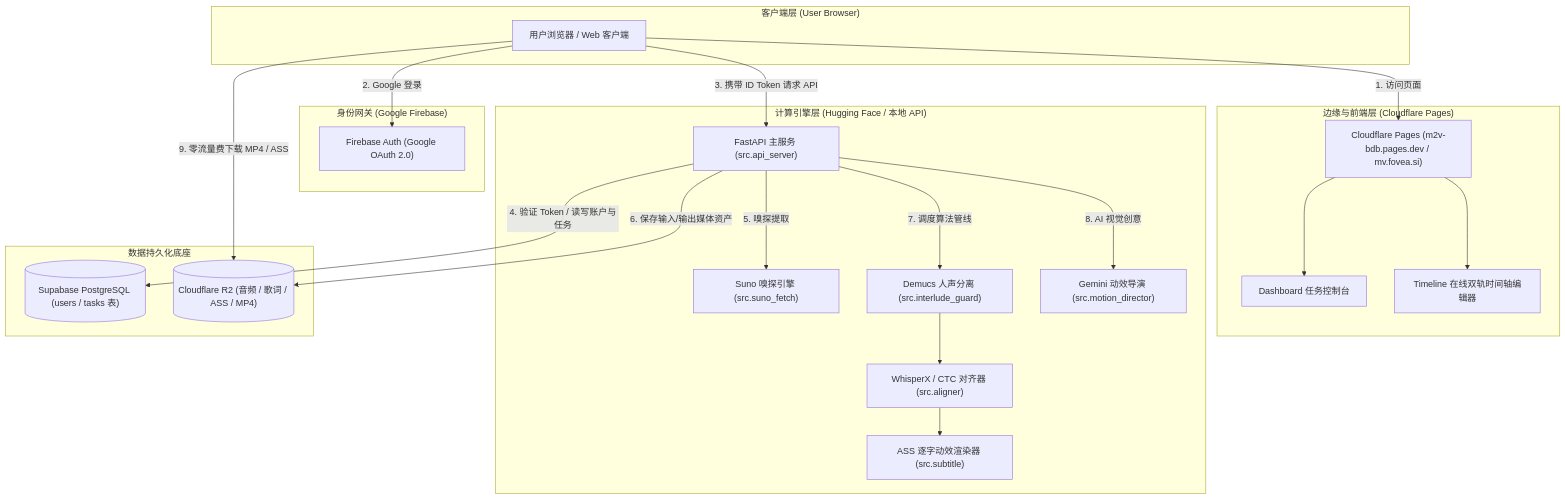
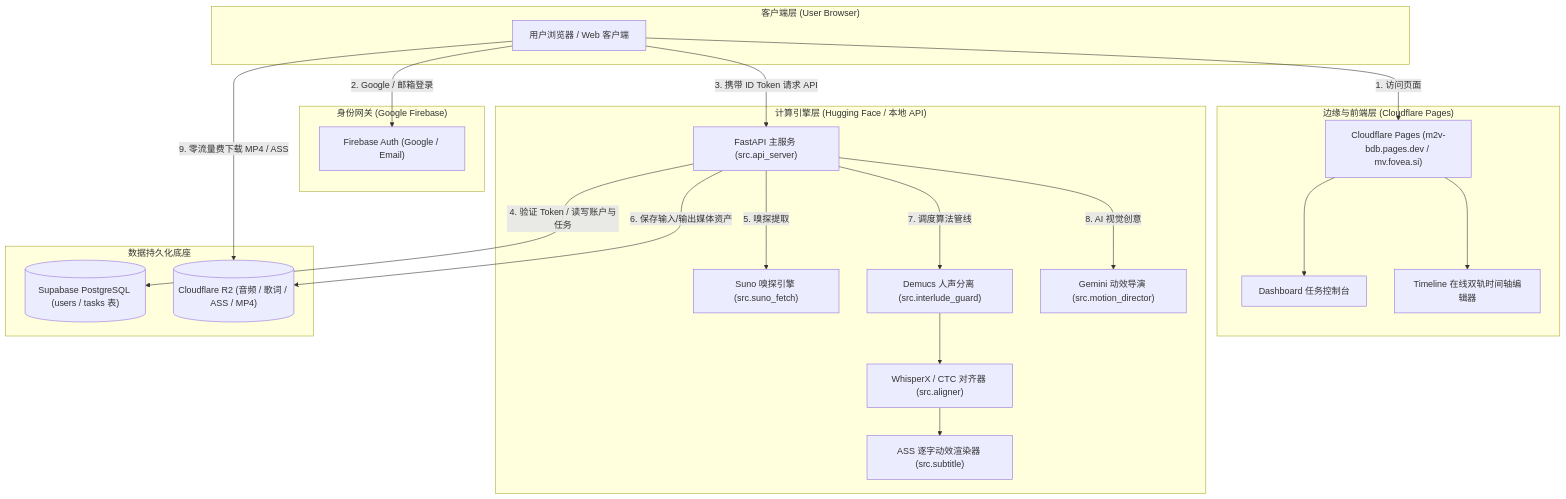
One commit to AFeiYA/m2v changed the first of 2 diagrams in docs/ARCHITECTURE_AND_DATA_FLOW.md. Above: the diagram before and after it, drawn with Mermaid. The commit also changed other lines of this file and 11 other files, not shown here.

Commit message:
feat(auth): use Firebase email authentication and document custom auth domain

````diff
--- a/docs/ARCHITECTURE_AND_DATA_FLOW.md
+++ b/docs/ARCHITECTURE_AND_DATA_FLOW.md
@@ -28,42 +28,42 @@
 ```mermaid
 flowchart TD
     subgraph Client ["客户端层 (User Browser)"]
         Browser["用户浏览器 / Web 客户端"]
     end
 
     subgraph Edge ["边缘与前端层 (Cloudflare Pages)"]
         CF_Pages["Cloudflare Pages (m2v-bdb.pages.dev / mv.fovea.si)"]
         UI_Dash["Dashboard 任务控制台"]
         UI_Editor["Timeline 在线双轨时间轴编辑器"]
     end
 
     subgraph Auth ["身份网关 (Google Firebase)"]
-        FB_Auth["Firebase Auth (Google OAuth 2.0)"]
+        FB_Auth["Firebase Auth (Google / Email)"]
     end
 
     subgraph Backend ["计算引擎层 (Hugging Face / 本地 API)"]
         API_GW["FastAPI 主服务 (src.api_server)"]
         Suno_Engine["Suno 嗅探引擎 (src.suno_fetch)"]
         AI_Aligner["WhisperX / CTC 对齐器 (src.aligner)"]
         Vocal_Sep["Demucs 人声分离 (src.interlude_guard)"]
         Sub_Engine["ASS 逐字动效渲染器 (src.subtitle)"]
         LLM_Director["Gemini 动效导演 (src.motion_director)"]
     end
 
     subgraph Persistence ["数据持久化底座"]
         Supa_PG[("Supabase PostgreSQL (users / tasks 表)")]
         CF_R2[("Cloudflare R2 (音频 / 歌词 / ASS / MP4)")]
     end
 
     Browser -->|"1. 访问页面"| CF_Pages
     CF_Pages --> UI_Dash
     CF_Pages --> UI_Editor
-    Browser -->|"2. Google 登录"| FB_Auth
+    Browser -->|"2. Google / 邮箱登录"| FB_Auth
     Browser -->|"3. 携带 ID Token 请求 API"| API_GW
     API_GW -->|"4. 验证 Token / 读写账户与任务"| Supa_PG
     API_GW -->|"5. 嗅探提取"| Suno_Engine
     API_GW -->|"6. 保存输入/输出媒体资产"| CF_R2
     API_GW -->|"7. 调度算法管线"| Vocal_Sep --> AI_Aligner --> Sub_Engine
     API_GW -->|"8. AI 视觉创意"| LLM_Director
     Browser -->|"9. 零流量费下载 MP4 / ASS"| CF_R2
 ```
````
